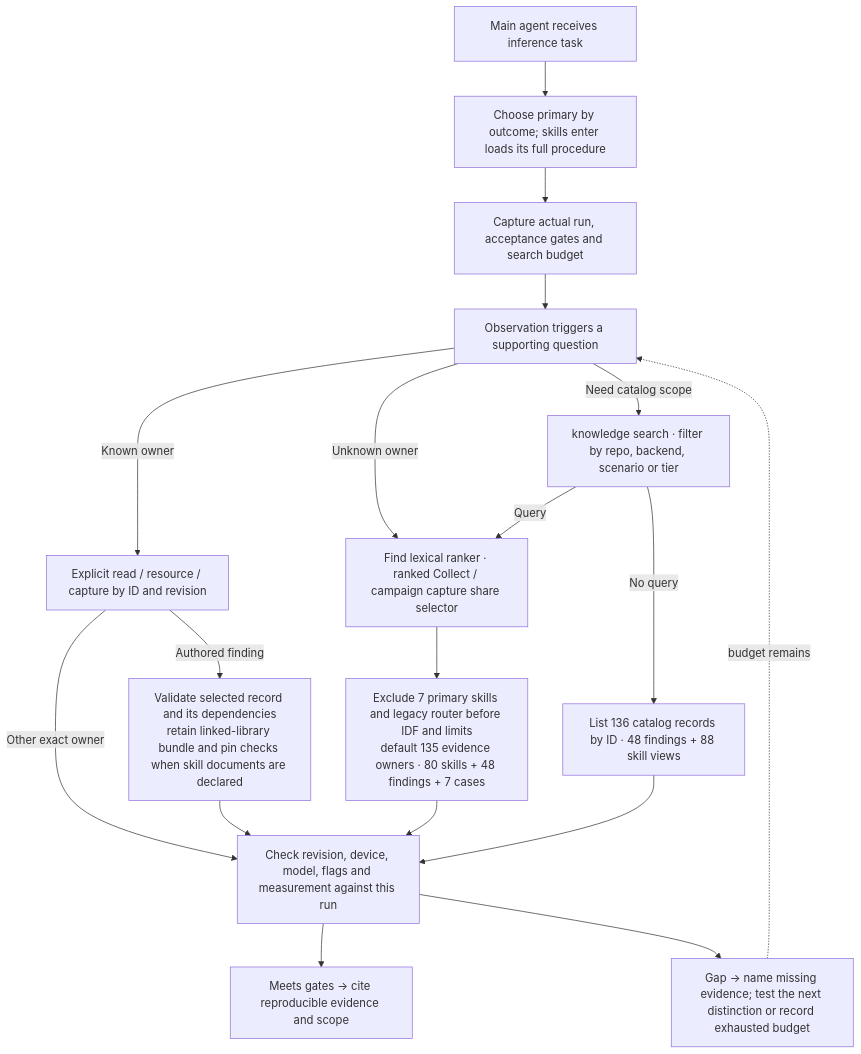
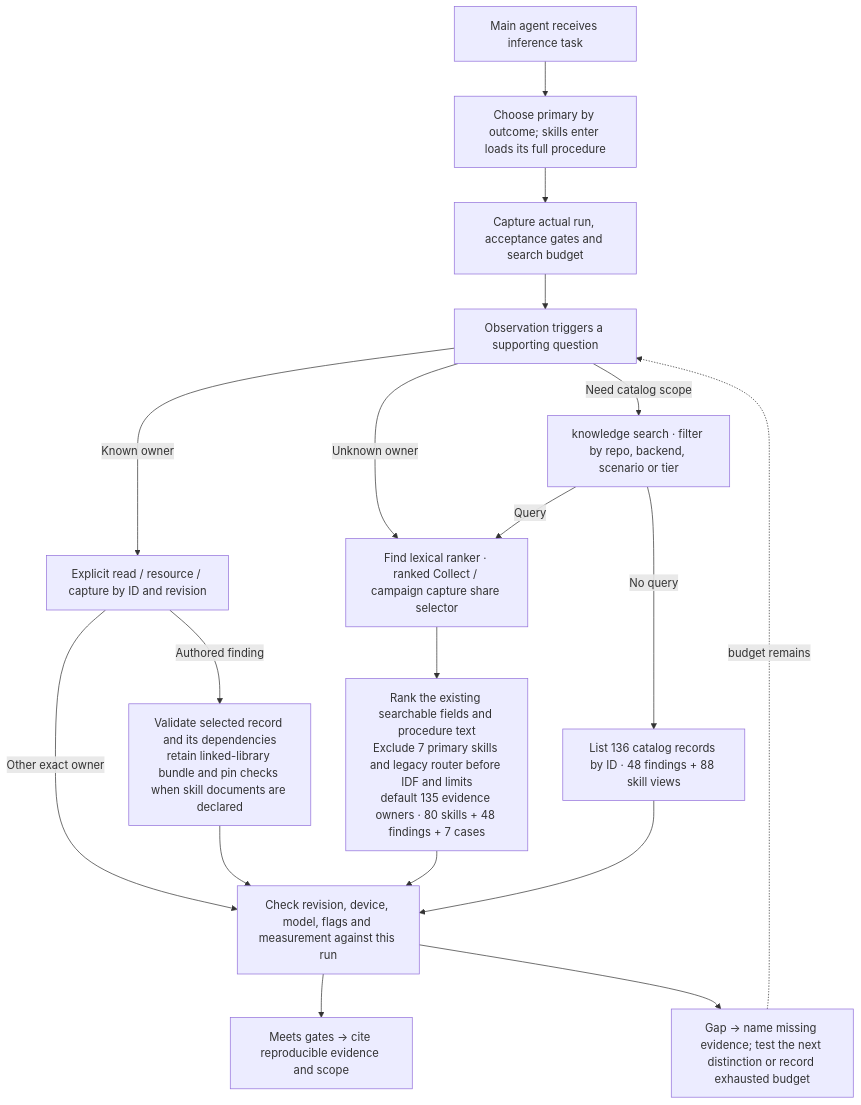
The third of 4 diagrams in docs/knowledge-layout.md (InferMatrixLab/InferRSI), drawn with Mermaid before and after one commit. The commit also changed other lines of this file and 72 other files, not shown here.

````diff
--- a/docs/knowledge-layout.md
+++ b/docs/knowledge-layout.md
@@ -48,18 +48,18 @@
 ```mermaid
 flowchart TB
     Q["Main agent receives inference task"] --> P["Choose primary by outcome; skills enter loads its full procedure"]
     P --> R["Capture actual run, acceptance gates and search budget"]
     R --> D["Observation triggers a supporting question"]
     D -->|Known owner| I["Explicit read / resource / capture by ID and revision"]
     D -->|Unknown owner| F["Find lexical ranker · ranked Collect / campaign capture share selector"]
     D -->|Need catalog scope| C["knowledge search · filter by repo, backend, scenario or tier"]
     C -->|Query| F
     C -->|No query| B["List 136 catalog records by ID · 48 findings + 88 skill views"]
-    F --> A["Exclude 7 primary skills and legacy router before IDF and limits<br/>default 135 evidence owners · 80 skills + 48 findings + 7 cases"]
+    F --> A["Rank the existing searchable fields and procedure text<br/>Exclude 7 primary skills and legacy router before IDF and limits<br/>default 135 evidence owners · 80 skills + 48 findings + 7 cases"]
     I -->|Authored finding| E["Validate selected record and its dependencies<br/>retain linked-library bundle and pin checks when skill documents are declared"]
     I -->|Other exact owner| V["Check revision, device, model, flags and measurement against this run"]
     E & A & B --> V
     V --> X["Meets gates → cite reproducible evidence and scope"]
     V --> G["Gap → name missing evidence; test the next distinction or record exhausted budget"]
     G -.->|budget remains| D
 ```
````
